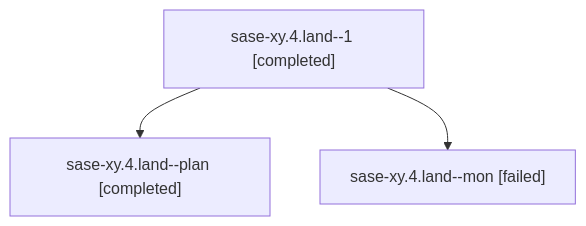
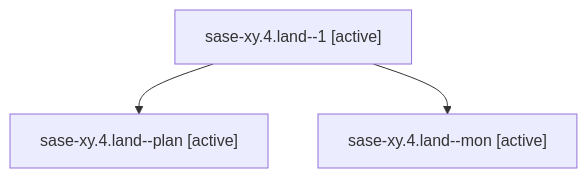
The diagram in families/bbugyi200.athena.sase-xy.4.land.md (sase-org/sase--agents), drawn with Mermaid before and after one commit. The commit also changed other lines of this file and 35830 other files, not shown here.

````diff
--- a/families/bbugyi200.athena.sase-xy.4.land.md
+++ b/families/bbugyi200.athena.sase-xy.4.land.md
@@ -9,8 +9,8 @@
 ```mermaid
 flowchart TD
-  n0["sase-xy.4.land--1 [completed]"]
-  n1["sase-xy.4.land--plan [completed]"]
+  n0["sase-xy.4.land--1 [active]"]
+  n1["sase-xy.4.land--plan [active]"]
   n0 --> n1
-  n2["sase-xy.4.land--mon [failed]"]
+  n2["sase-xy.4.land--mon [active]"]
   n0 --> n2
 ```
````
